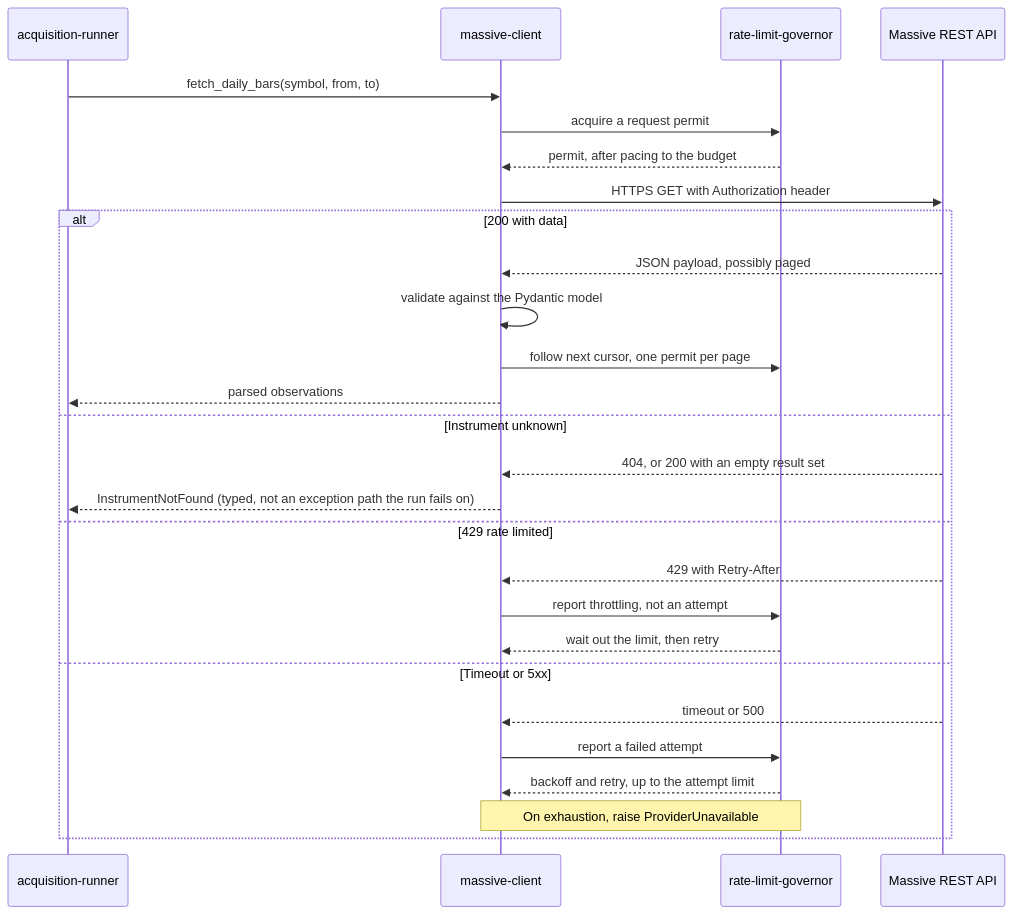
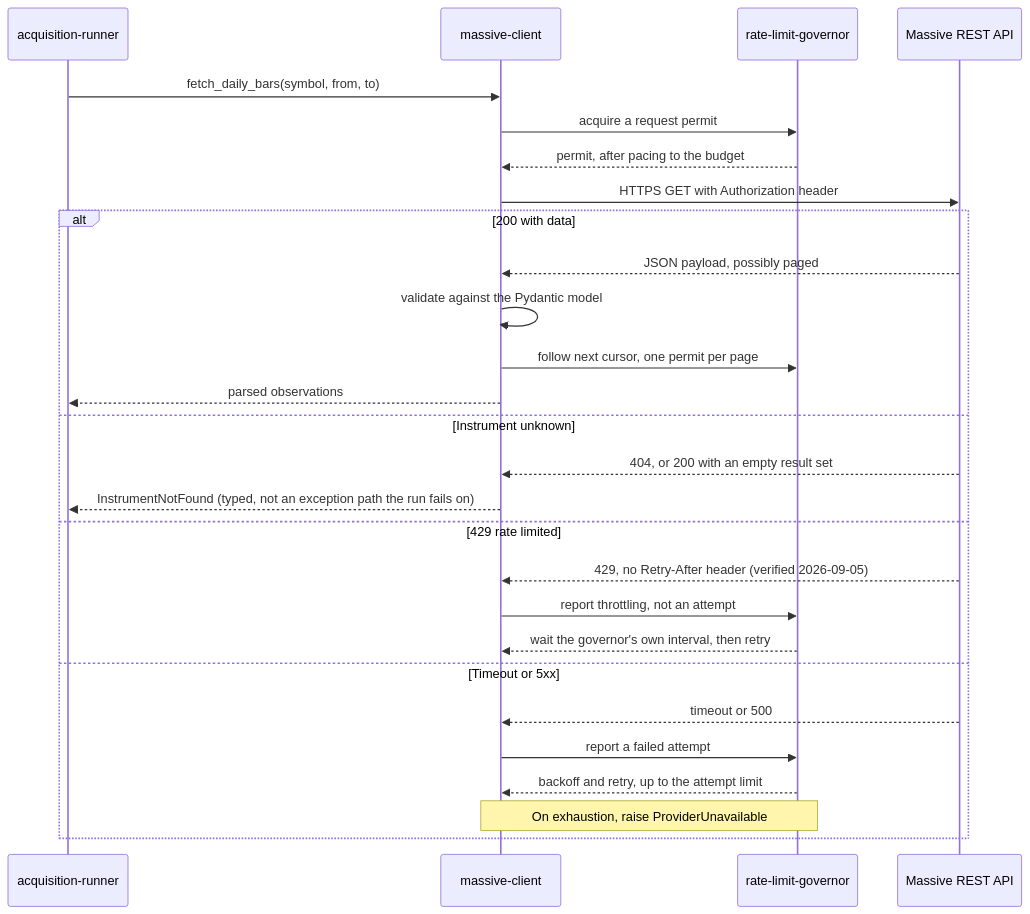
The diagram in docs/capabilities/CAP-001-market-data-acquisition-foundation/design/component-design-massive-client.md (ajodraca/FactorFlow-v2), drawn with Mermaid before and after one commit. The commit also changed other lines of this file and 14 other files, not shown here.

````diff
--- a/docs/capabilities/CAP-001-market-data-acquisition-foundation/design/component-design-massive-client.md
+++ b/docs/capabilities/CAP-001-market-data-acquisition-foundation/design/component-design-massive-client.md
@@ -101,30 +120,30 @@
 ```mermaid
 sequenceDiagram
     participant R as acquisition-runner
     participant C as massive-client
     participant G as rate-limit-governor
     participant X as Massive REST API
 
     R->>C: fetch_daily_bars(symbol, from, to)
     C->>G: acquire a request permit
     G-->>C: permit, after pacing to the budget
     C->>X: HTTPS GET with Authorization header
     alt 200 with data
         X-->>C: JSON payload, possibly paged
         C->>C: validate against the Pydantic model
         C->>G: follow next cursor, one permit per page
         C-->>R: parsed observations
     else Instrument unknown
         X-->>C: 404, or 200 with an empty result set
         C-->>R: InstrumentNotFound (typed, not an exception path the run fails on)
     else 429 rate limited
-        X-->>C: 429 with Retry-After
+        X-->>C: 429, no Retry-After header (verified 2026-09-05)
         C->>G: report throttling, not an attempt
-        G-->>C: wait out the limit, then retry
+        G-->>C: wait the governor's own interval, then retry
     else Timeout or 5xx
         X-->>C: timeout or 500
         C->>G: report a failed attempt
         G-->>C: backoff and retry, up to the attempt limit
         Note over C,G: On exhaustion, raise ProviderUnavailable
     end
 ```
````
